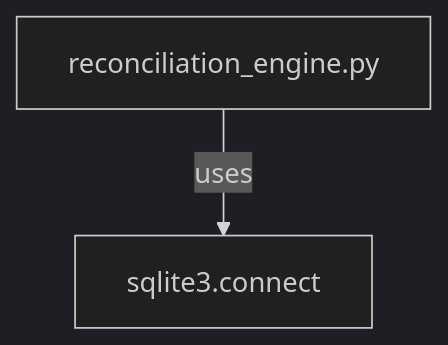
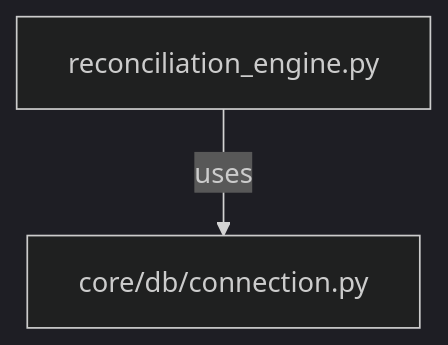
Before and after one commit to simcitysocial97-dev/ClariFin_OS: diagram 12 of 14 in docs/reports/Program_5_3B_Dependency_Graph.md, drawn with Mermaid (dark theme). The commit also changed other lines of this file and 62 other files, not shown here.

````diff
--- a/docs/reports/Program_5_3B_Dependency_Graph.md
+++ b/docs/reports/Program_5_3B_Dependency_Graph.md
@@ -153,4 +158,4 @@
 ```mermaid
 graph TD
-    A[reconciliation_engine.py] -->|uses| B[sqlite3.connect]
+    A[reconciliation_engine.py] -->|uses| B[core/db/connection.py]
 ```
````
